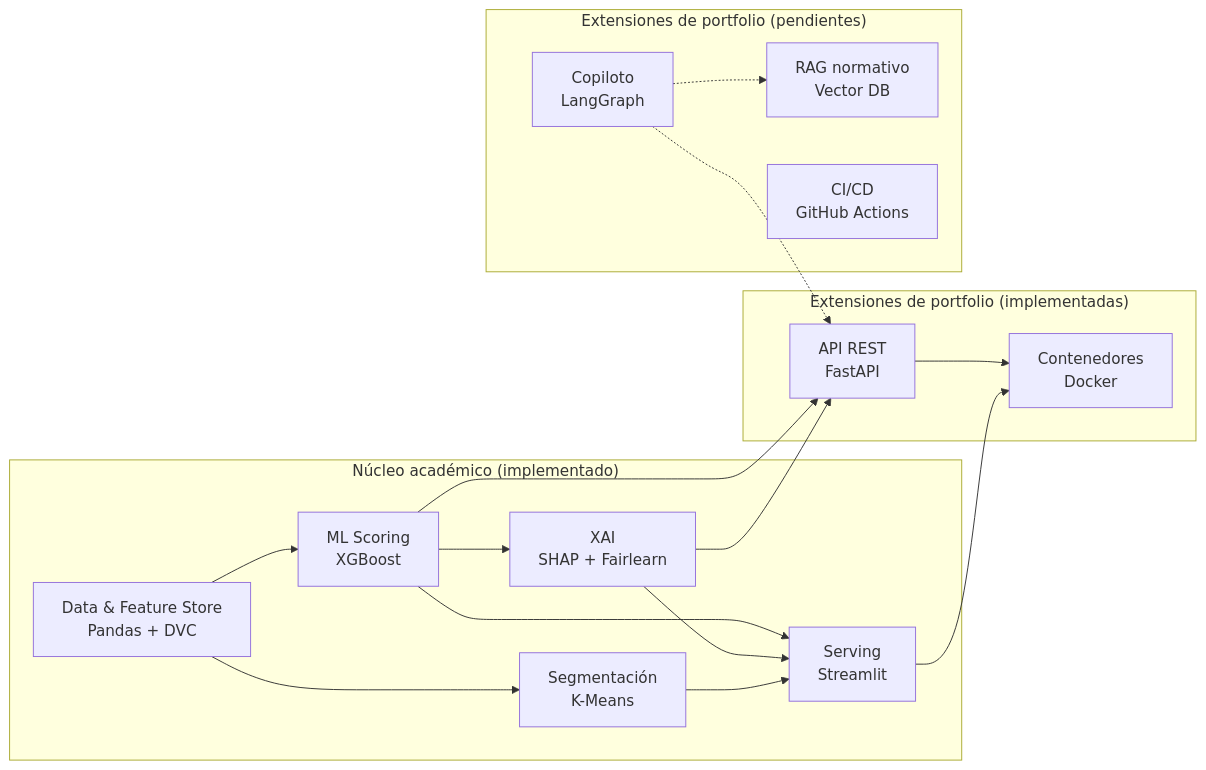
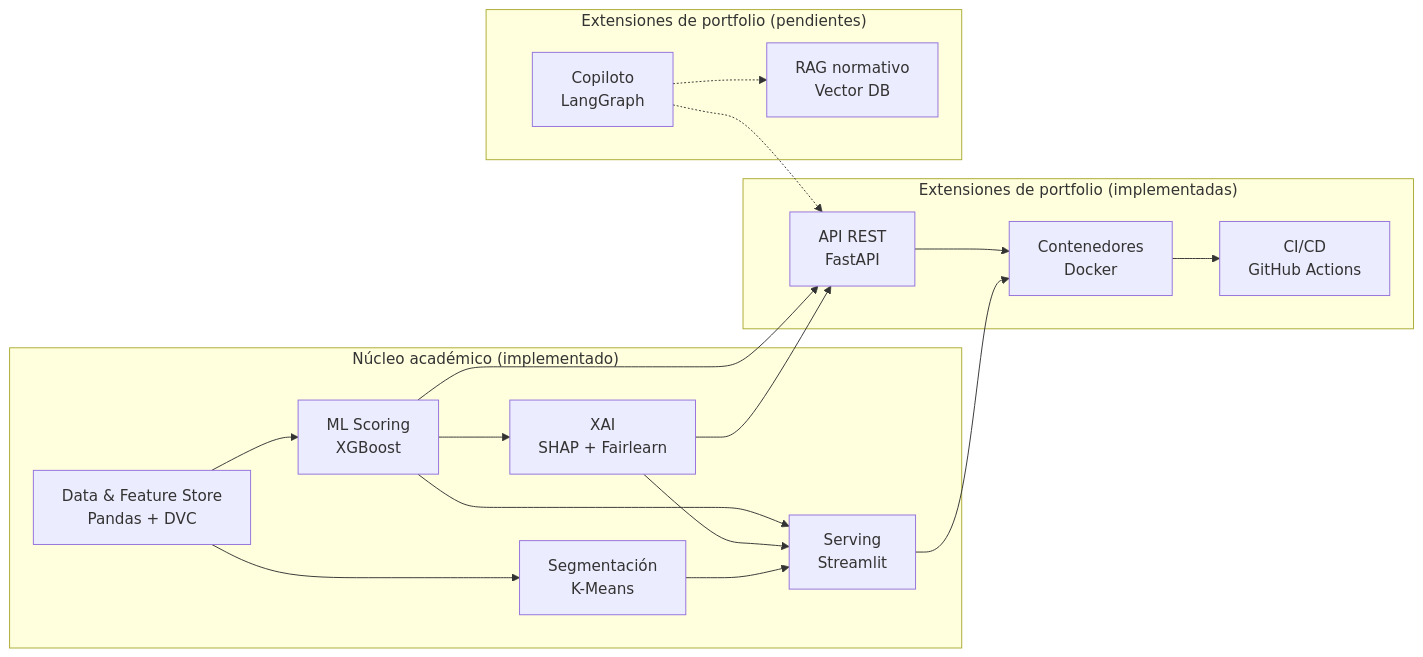
The diagram in README.md (lorenzotomasdiez/credixai), drawn with Mermaid before and after one commit. The commit also changed other lines of this file and 5 other files, not shown here.

First line of the commit message:
Agrega CI/CD con GitHub Actions (paso 4 de prd.md 9.1)

````diff
--- a/README.md
+++ b/README.md
@@ -16,26 +16,27 @@
 ```mermaid
 flowchart LR
     subgraph nucleo["Núcleo académico (implementado)"]
         data["Data & Feature Store\nPandas + DVC"] --> ml["ML Scoring\nXGBoost"]
         ml --> xai["XAI\nSHAP + Fairlearn"]
         ml --> serving["Serving\nStreamlit"]
         xai --> serving
         data --> cluster["Segmentación\nK-Means"]
         cluster --> serving
     end
     subgraph impl_ext["Extensiones de portfolio (implementadas)"]
         api["API REST\nFastAPI"]
         docker["Contenedores\nDocker"]
+        cicd["CI/CD\nGitHub Actions"]
     end
     subgraph pending_ext["Extensiones de portfolio (pendientes)"]
         rag["RAG normativo\nVector DB"]
         agent["Copiloto\nLangGraph"]
-        cicd["CI/CD\nGitHub Actions"]
     end
     ml --> api
     xai --> api
     api --> docker
     serving --> docker
+    docker --> cicd
     agent -.-> api
     agent -.-> rag
 ```
````
